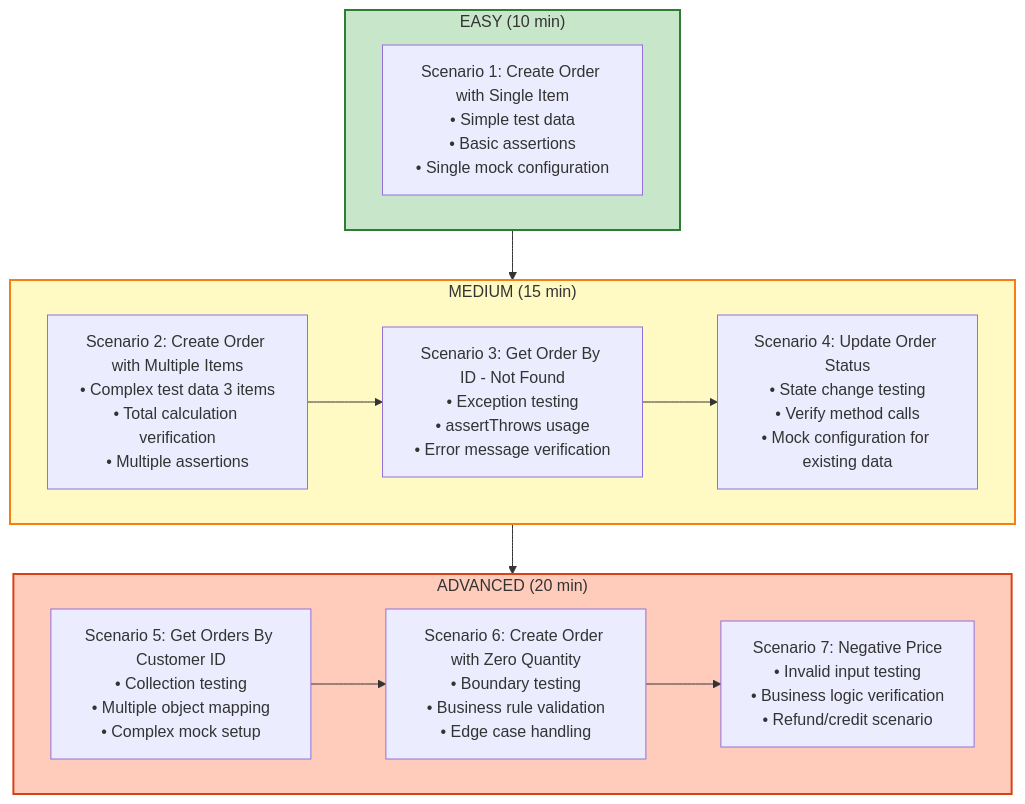
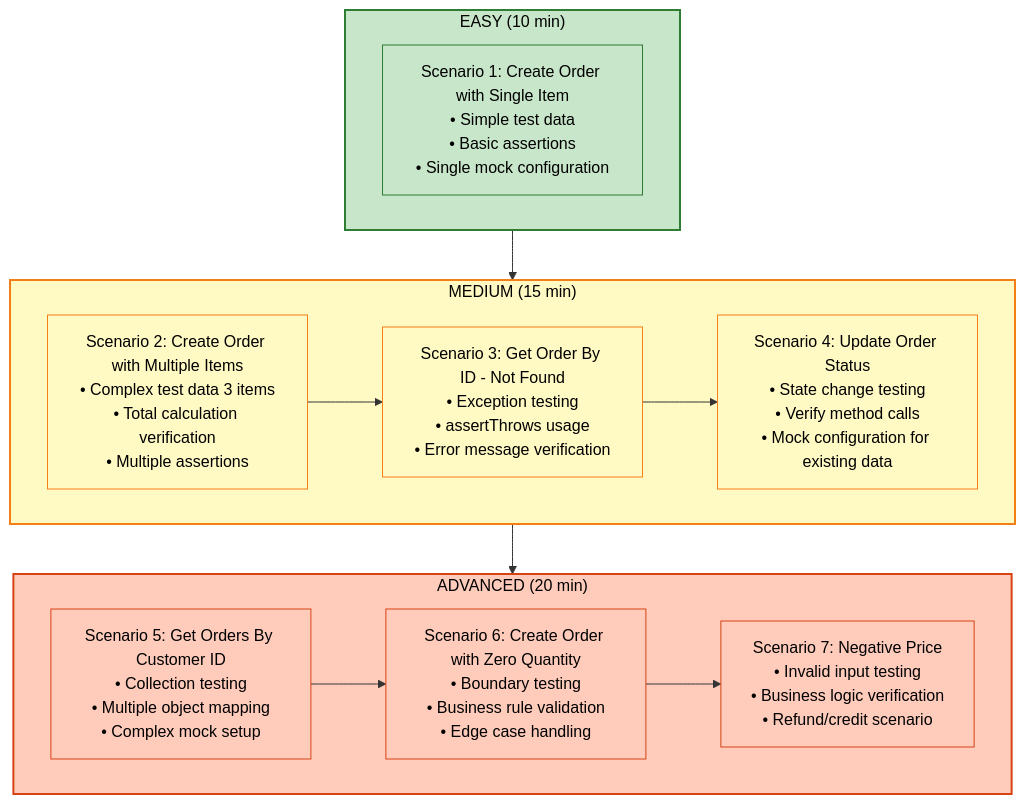
The third of 8 diagrams in UNITTEST_WORKSHOP_DIAGRAM.md (hagsmand/pcc-workshop-micro-service), drawn with Mermaid before and after one commit. The commit also changed other lines of this file, not shown here.

````diff
--- a/UNITTEST_WORKSHOP_DIAGRAM.md
+++ b/UNITTEST_WORKSHOP_DIAGRAM.md
@@ -53,29 +60,36 @@
 ```mermaid
 graph TD
     subgraph Easy["EASY (10 min)"]
         E1[Scenario 1: Create Order with Single Item<br/>• Simple test data<br/>• Basic assertions<br/>• Single mock configuration]
     end
     
     subgraph Medium["MEDIUM (15 min)"]
         M1[Scenario 2: Create Order with Multiple Items<br/>• Complex test data 3 items<br/>• Total calculation verification<br/>• Multiple assertions]
         M2[Scenario 3: Get Order By ID - Not Found<br/>• Exception testing<br/>• assertThrows usage<br/>• Error message verification]
         M3[Scenario 4: Update Order Status<br/>• State change testing<br/>• Verify method calls<br/>• Mock configuration for existing data]
         M1 --> M2
         M2 --> M3
     end
     
     subgraph Advanced["ADVANCED (20 min)"]
         A1[Scenario 5: Get Orders By Customer ID<br/>• Collection testing<br/>• Multiple object mapping<br/>• Complex mock setup]
         A2[Scenario 6: Create Order with Zero Quantity<br/>• Boundary testing<br/>• Business rule validation<br/>• Edge case handling]
         A3[Scenario 7: Negative Price<br/>• Invalid input testing<br/>• Business logic verification<br/>• Refund/credit scenario]
         A1 --> A2
         A2 --> A3
     end
     
     Easy --> Medium
     Medium --> Advanced
     
-    style Easy fill:#c8e6c9,stroke:#2e7d32,stroke-width:2px
-    style Medium fill:#fff9c4,stroke:#f57f17,stroke-width:2px
-    style Advanced fill:#ffccbc,stroke:#d84315,stroke-width:2px
+    style Easy fill:#c8e6c9,stroke:#2e7d32,stroke-width:2px,color:#000
+    style Medium fill:#fff9c4,stroke:#f57f17,stroke-width:2px,color:#000
+    style Advanced fill:#ffccbc,stroke:#d84315,stroke-width:2px,color:#000
+    style E1 fill:#c8e6c9,stroke:#2e7d32,stroke-width:1px,color:#000
+    style M1 fill:#fff9c4,stroke:#f57f17,stroke-width:1px,color:#000
+    style M2 fill:#fff9c4,stroke:#f57f17,stroke-width:1px,color:#000
+    style M3 fill:#fff9c4,stroke:#f57f17,stroke-width:1px,color:#000
+    style A1 fill:#ffccbc,stroke:#d84315,stroke-width:1px,color:#000
+    style A2 fill:#ffccbc,stroke:#d84315,stroke-width:1px,color:#000
+    style A3 fill:#ffccbc,stroke:#d84315,stroke-width:1px,color:#000
 ```
````
